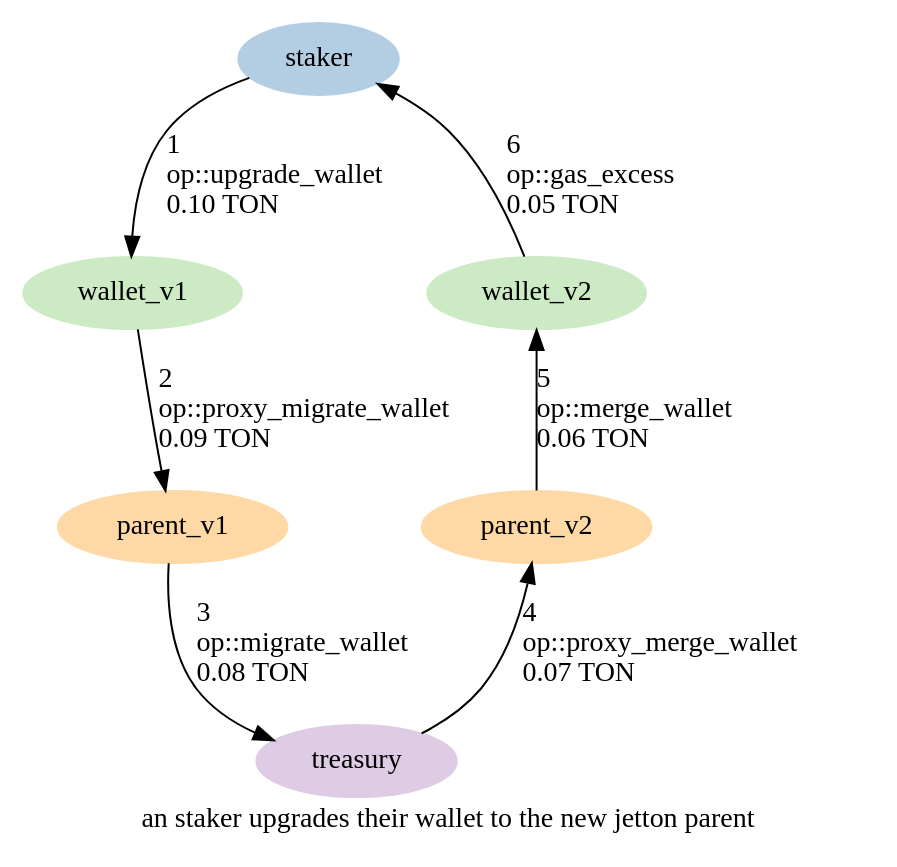
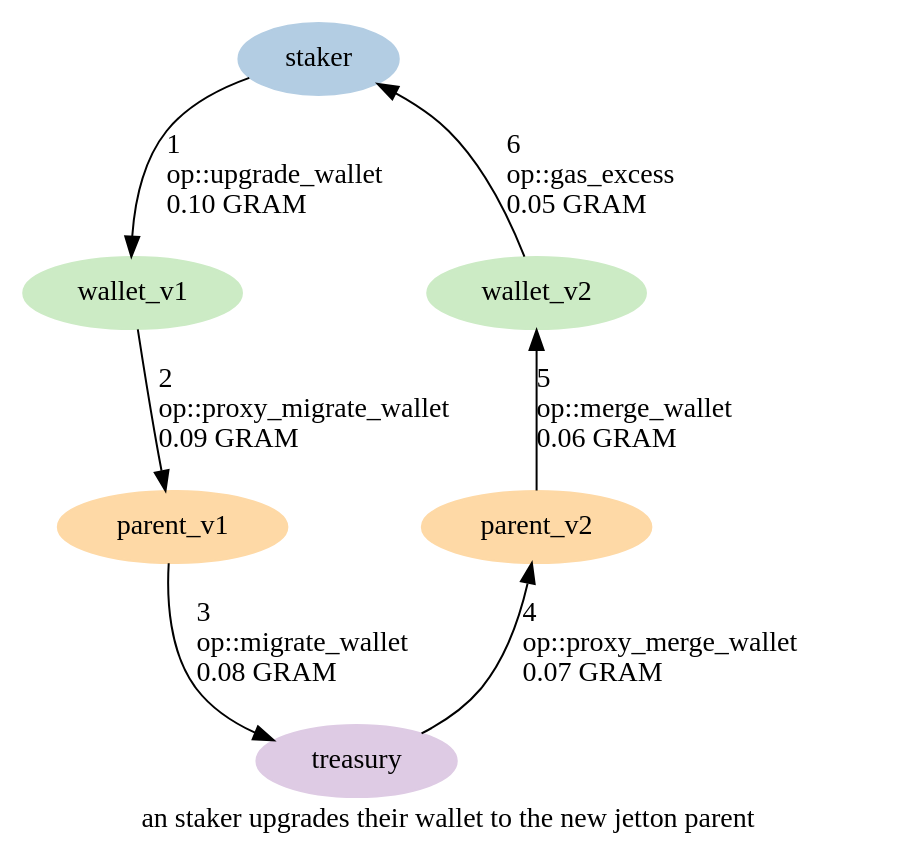
The diagram in graphs/29-upgrade-wallet.dot (HipoFinance/contract), drawn with Graphviz before and after one commit. The commit also changed 97 other files, not shown here.

First line of the commit message:
Finish the TON to GRAM and hTON to hGRAM rebrand

```diff
--- a/graphs/29-upgrade-wallet.dot
+++ b/graphs/29-upgrade-wallet.dot
@@ -1,23 +1,23 @@
 digraph {
     label="an staker upgrades their wallet to the new jetton parent"
     node [ colorscheme=pastel19 style=filled ]
 
     /* Entities */
     staker [ color=2 ]
     wallet_v1, wallet_v2 [ color=3 ]
     treasury [ color=4 ]
     parent_v1, parent_v2 [ color=5 ]
 
     /* Relationships */
-    staker -> wallet_v1 [ label="1\l op::upgrade_wallet\l 0.10 TON\l" ]
-    wallet_v1 -> parent_v1 [ label="2\l op::proxy_migrate_wallet\l 0.09 TON\l" ]
-    parent_v1 -> treasury [ label="3\l op::migrate_wallet\l 0.08 TON\l" ]
-    treasury -> parent_v2 [ label="4\l op::proxy_merge_wallet\l 0.07 TON\l" ]
-    parent_v2 -> wallet_v2 [ label="5\l op::merge_wallet\l 0.06 TON\l" ]
-    wallet_v2 -> staker [ label="6\l op::gas_excess\l 0.05 TON\l" ]
+    staker -> wallet_v1 [ label="1\l op::upgrade_wallet\l 0.10 GRAM\l" ]
+    wallet_v1 -> parent_v1 [ label="2\l op::proxy_migrate_wallet\l 0.09 GRAM\l" ]
+    parent_v1 -> treasury [ label="3\l op::migrate_wallet\l 0.08 GRAM\l" ]
+    treasury -> parent_v2 [ label="4\l op::proxy_merge_wallet\l 0.07 GRAM\l" ]
+    parent_v2 -> wallet_v2 [ label="5\l op::merge_wallet\l 0.06 GRAM\l" ]
+    wallet_v2 -> staker [ label="6\l op::gas_excess\l 0.05 GRAM\l" ]
 
     /* Ranks */
     { rank=min staker }
     { rank=same wallet_v1 wallet_v2 }
     { rank=same parent_v1 parent_v2 }
 }
```
